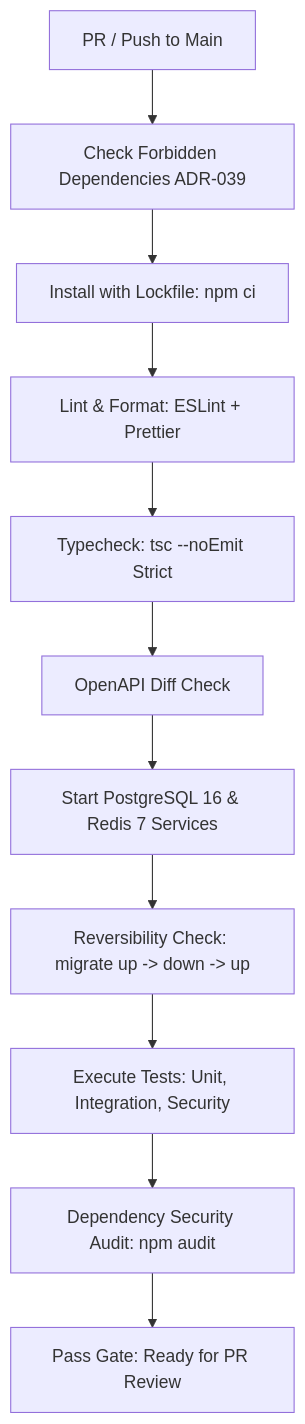
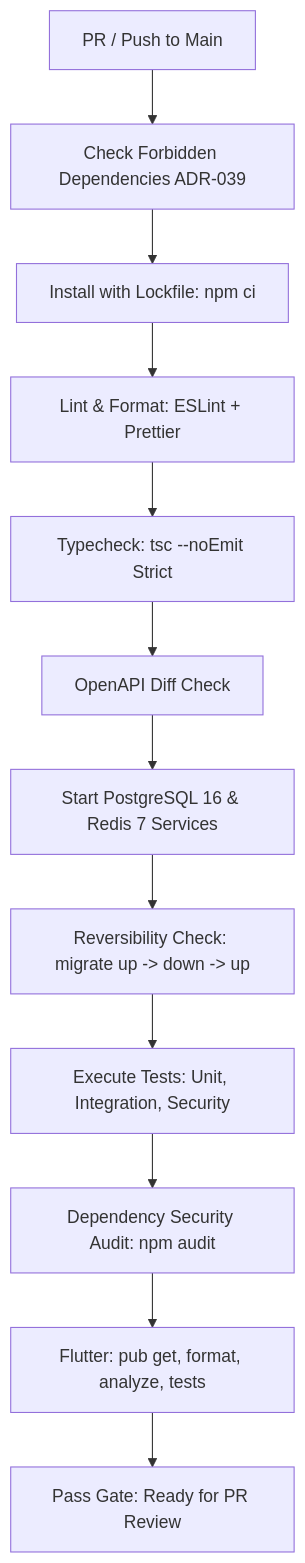
The diagram in docs/deployment/ci-cd.md (KarimOmarShawky/life-style-app), drawn with Mermaid before and after one commit. The commit also changed other lines of this file and 39 other files, not shown here.

````diff
--- a/docs/deployment/ci-cd.md
+++ b/docs/deployment/ci-cd.md
@@ -9,13 +9,14 @@
 ```mermaid
 flowchart TD
     A[PR / Push to Main] --> B[Check Forbidden Dependencies ADR-039]
     B --> C[Install with Lockfile: npm ci]
     C --> D[Lint & Format: ESLint + Prettier]
     D --> E[Typecheck: tsc --noEmit Strict]
     E --> F[OpenAPI Diff Check]
     F --> G[Start PostgreSQL 16 & Redis 7 Services]
     G --> H[Reversibility Check: migrate up -> down -> up]
     H --> I[Execute Tests: Unit, Integration, Security]
     I --> J[Dependency Security Audit: npm audit]
-    J --> K[Pass Gate: Ready for PR Review]
+    J --> L[Flutter: pub get, format, analyze, tests]
+    L --> K[Pass Gate: Ready for PR Review]
 ```
````
